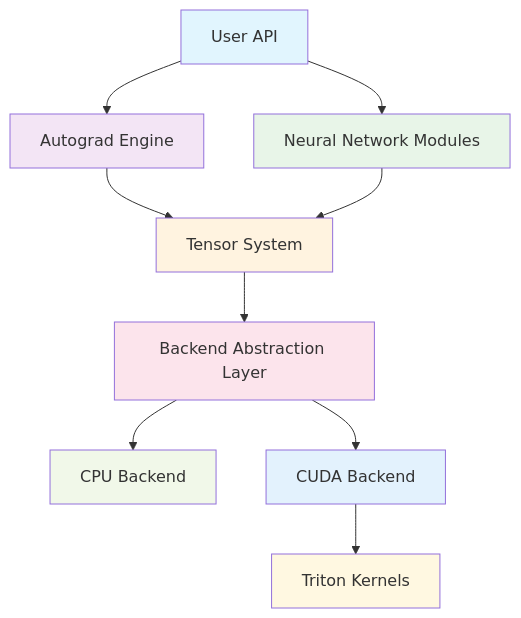
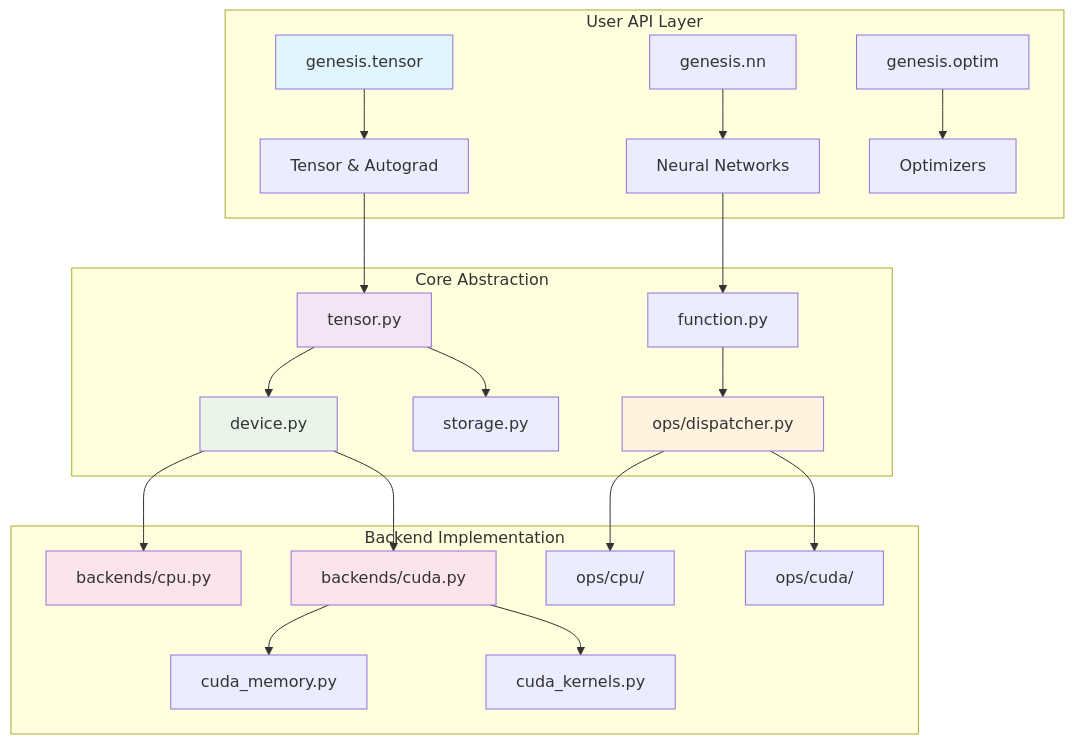
Before and after one commit to phonism/genesis: the diagram in docs/en/index.md, drawn with Mermaid. The commit also changed other lines of this file and 86 other files, not shown here.

````diff
--- a/docs/en/index.md
+++ b/docs/en/index.md
@@ -35,20 +35,32 @@
 ```mermaid
 graph TB
-    A[User API] --> B[Autograd Engine]
-    A --> C[Neural Network Modules]
-    B --> D[Tensor System]
-    C --> D
-    D --> E[Backend Abstraction Layer]
-    E --> F[CPU Backend]
-    E --> G[CUDA Backend]
-    G --> H[Triton Kernels]
-    
+    subgraph "User API Layer"
+        A[genesis.tensor] --> B[Tensor & Autograd]
+        C[genesis.nn] --> D[Neural Networks]
+        E[genesis.optim] --> F[Optimizers]
+    end
+
+    subgraph "Core Abstraction"
+        B --> G[tensor.py]
+        D --> H[function.py]
+        G --> I[device.py]
+        G --> J[storage.py]
+        H --> K[ops/dispatcher.py]
+    end
+
+    subgraph "Backend Implementation"
+        I --> L[backends/cpu.py]
+        I --> M[backends/cuda.py]
+        K --> N[ops/cpu/]
+        K --> O[ops/cuda/]
+        M --> P[cuda_memory.py]
+        M --> Q[cuda_kernels.py]
+    end
+
     style A fill:#e1f5fe
-    style B fill:#f3e5f5
-    style C fill:#e8f5e8
-    style D fill:#fff3e0
-    style E fill:#fce4ec
-    style F fill:#f1f8e9
-    style G fill:#e3f2fd
-    style H fill:#fff8e1
+    style G fill:#f3e5f5
+    style I fill:#e8f5e8
+    style K fill:#fff3e0
+    style L fill:#fce4ec
+    style M fill:#fce4ec
 ```
````
